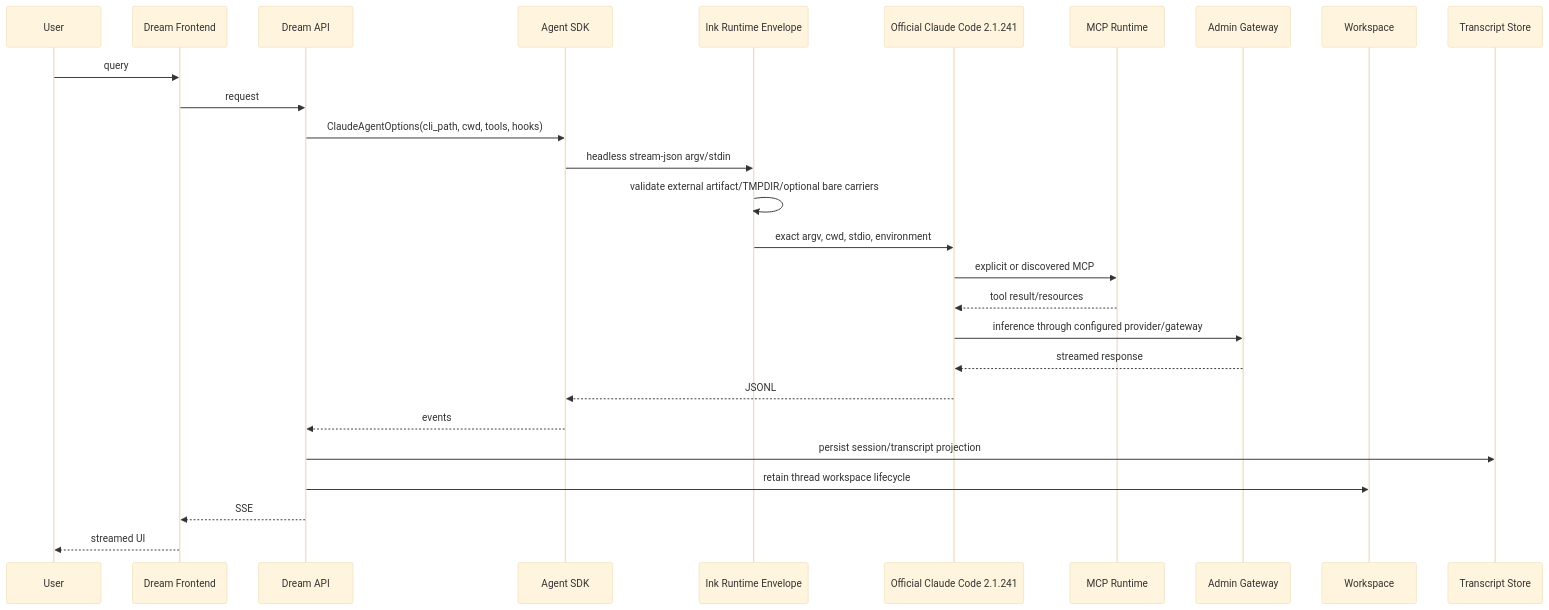
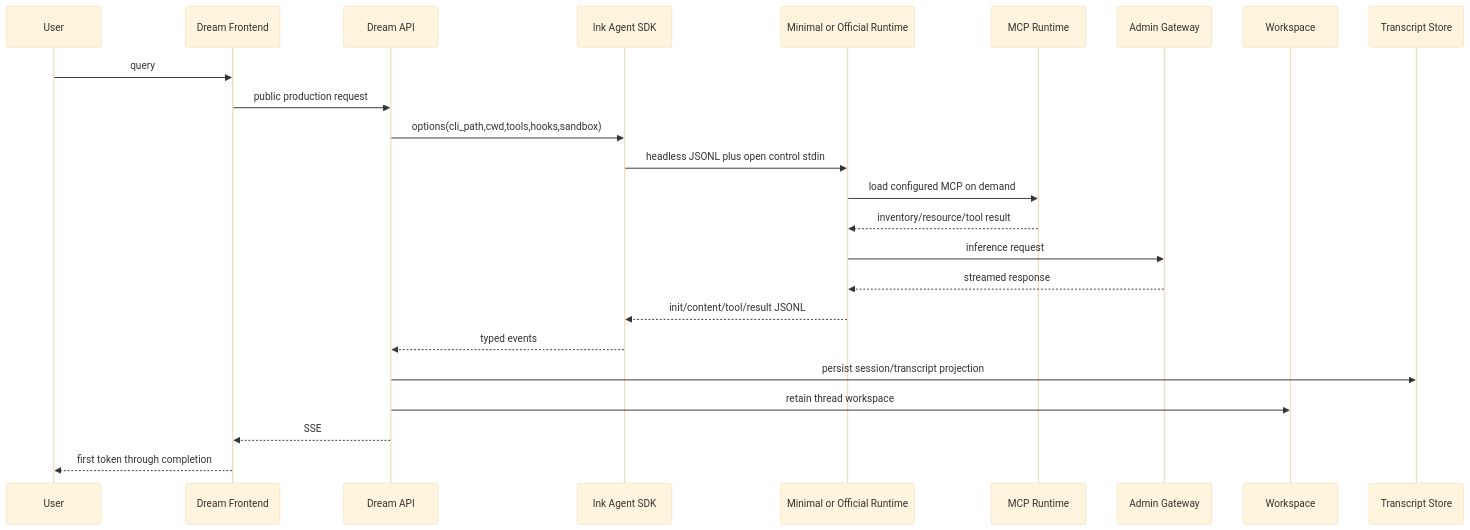
Before and after one commit to glide-the/ink-claude-code-dream: the first of 3 diagrams in docs/design/claude-code-runtime-minimalization.md, drawn with Mermaid (base theme). The commit also changed other lines of this file and 54 other files, not shown here.

Commit message:
feat: build pruned Claude runtime package

````diff
--- a/docs/design/claude-code-runtime-minimalization.md
+++ b/docs/design/claude-code-runtime-minimalization.md
@@ -92,29 +70,26 @@
 ```mermaid
 sequenceDiagram
     participant U as User
     participant F as Dream Frontend
     participant A as Dream API
-    participant S as Agent SDK
-    participant W as Ink Runtime Envelope
-    participant C as Official Claude Code 2.1.241
+    participant S as Ink Agent SDK
+    participant R as Minimal or Official Runtime
     participant M as MCP Runtime
     participant G as Admin Gateway
-    participant X as Workspace
+    participant W as Workspace
     participant T as Transcript Store
     U->>F: query
-    F->>A: request
-    A->>S: ClaudeAgentOptions(cli_path, cwd, tools, hooks)
-    S->>W: headless stream-json argv/stdin
-    W->>W: validate external artifact/TMPDIR/optional bare carriers
-    W->>C: exact argv, cwd, stdio, environment
-    C->>M: explicit or discovered MCP
-    M-->>C: tool result/resources
-    C->>G: inference through configured provider/gateway
-    G-->>C: streamed response
-    C-->>S: JSONL
-    S-->>A: events
+    F->>A: public production request
+    A->>S: options(cli_path,cwd,tools,hooks,sandbox)
+    S->>R: headless JSONL plus open control stdin
+    R->>M: load configured MCP on demand
+    M-->>R: inventory/resource/tool result
+    R->>G: inference request
+    G-->>R: streamed response
+    R-->>S: init/content/tool/result JSONL
+    S-->>A: typed events
     A->>T: persist session/transcript projection
-    A->>X: retain thread workspace lifecycle
+    A->>W: retain thread workspace
     A-->>F: SSE
-    F-->>U: streamed UI
+    F-->>U: first token through completion
 ```
````
